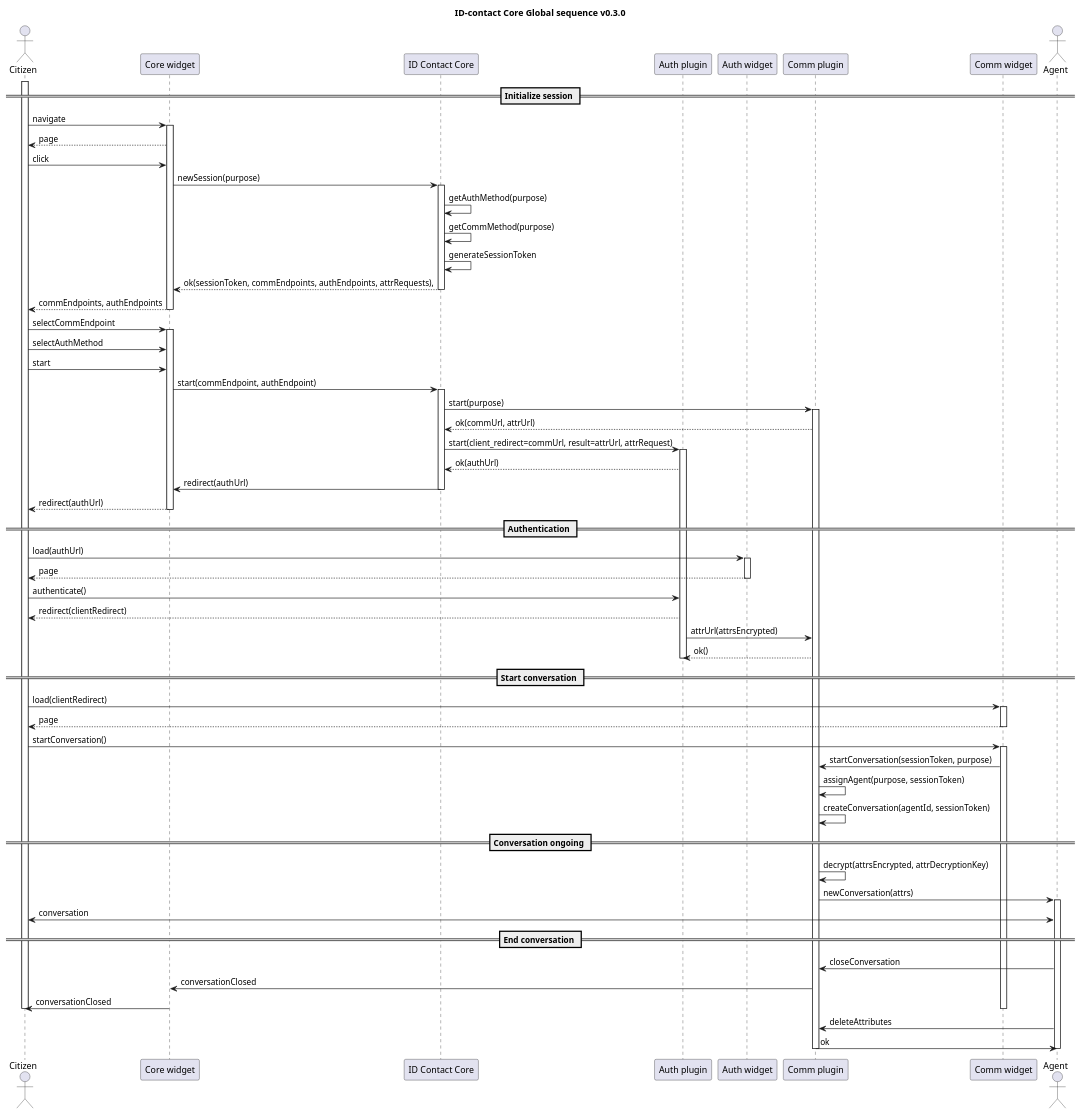
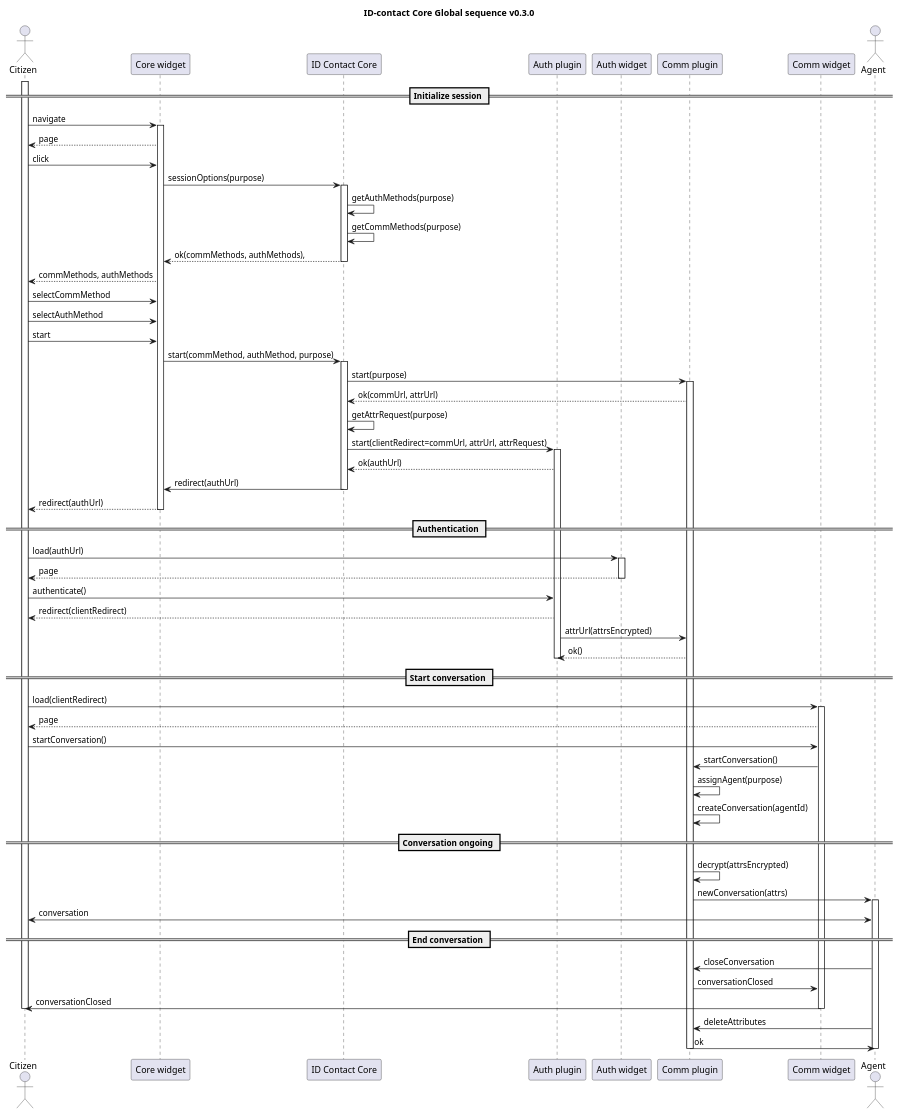
One commit to id-contact/docs changed the diagram in docs/diagrams/global-sequence.puml. Above: the diagram before and after it, drawn with PlantUML.

Commit message:
Cleaned up global sequence.
Made naming more consistent.
Passed parameters only where they are added by component.

```diff
--- a/docs/diagrams/global-sequence.puml
+++ b/docs/diagrams/global-sequence.puml
@@ -2,93 +2,89 @@
 @startuml
 title ID-contact Core Global sequence v0.3.0
 
 actor Citizen as citizen
 participant "Core widget" as widget
 participant "ID Contact Core" as core
 participant "Auth plugin" as auth_plugin
 participant "Auth widget" as auth_widget
 participant "Comm plugin" as comm_plugin
 participant "Comm widget" as comm_widget
 actor Agent as agent
 
 == Initialize session ==
 
 activate citizen
 citizen->widget: navigate
 activate widget
 widget-->citizen: page
 citizen->widget: click
-widget->core: newSession(purpose)
+widget->core: sessionOptions(purpose)
 activate core
-core->core: getAuthMethod(purpose)
-core->core: getCommMethod(purpose)
-core->core: generateSessionToken
-core-->widget: ok(sessionToken, commEndpoints, authEndpoints, attrRequests),
+core->core: getAuthMethods(purpose)
+core->core: getCommMethods(purpose)
+core-->widget: ok(commMethods, authMethods),
 deactivate core
-widget-->citizen: commEndpoints, authEndpoints
-deactivate widget
-citizen->widget: selectCommEndpoint
-activate widget
+widget-->citizen: commMethods, authMethods
+citizen->widget: selectCommMethod
 citizen->widget: selectAuthMethod
 citizen->widget: start
-widget->core: start(commEndpoint, authEndpoint)
+widget->core: start(commMethod, authMethod, purpose)
 activate core
 core->comm_plugin: start(purpose)
 activate comm_plugin
 comm_plugin-->core: ok(commUrl, attrUrl)
-core->auth_plugin: start(client_redirect=commUrl, result=attrUrl, attrRequest)
+core->core: getAttrRequest(purpose)
+core->auth_plugin: start(clientRedirect=commUrl, attrUrl, attrRequest)
 activate auth_plugin
 auth_plugin-->core: ok(authUrl)
 core->widget: redirect(authUrl)
 deactivate core
 widget-->citizen: redirect(authUrl)
 deactivate widget
 
 == Authentication ==
 
 citizen->auth_widget: load(authUrl)
 activate auth_widget
 auth_widget-->citizen: page
 deactivate auth_widget
 
 citizen->auth_plugin: authenticate()
 auth_plugin-->citizen: redirect(clientRedirect)
 auth_plugin->comm_plugin: attrUrl(attrsEncrypted)
 comm_plugin-->auth_plugin: ok()
 deactivate auth_plugin
 
 == Start conversation ==
 
 citizen->comm_widget: load(clientRedirect)
 activate comm_widget
 comm_widget-->citizen: page
-deactivate comm_widget
 
 citizen->comm_widget: startConversation()
-activate comm_widget
-comm_widget->comm_plugin: startConversation(sessionToken, purpose)
+comm_widget->comm_plugin: startConversation()
 
-comm_plugin->comm_plugin: assignAgent(purpose, sessionToken)
-comm_plugin->comm_plugin: createConversation(agentId, sessionToken)
+comm_plugin->comm_plugin: assignAgent(purpose)
+comm_plugin->comm_plugin: createConversation(agentId)
 
 == Conversation ongoing ==
-comm_plugin->comm_plugin: decrypt(attrsEncrypted, attrDecryptionKey)
+comm_plugin->comm_plugin: decrypt(attrsEncrypted)
 comm_plugin->agent: newConversation(attrs)
 
 activate agent
 citizen<->agent: conversation
 
 == End conversation ==
 agent->comm_plugin: closeConversation
-comm_plugin->widget: conversationClosed
+comm_plugin->comm_widget: conversationClosed
 deactivate widget
-widget->citizen: conversationClosed
+comm_widget->citizen: conversationClosed
 deactivate comm_widget
 deactivate citizen
 agent->comm_plugin: deleteAttributes
 comm_plugin->agent: ok
 deactivate comm_plugin
 deactivate agent
 
 
 @enduml
```
